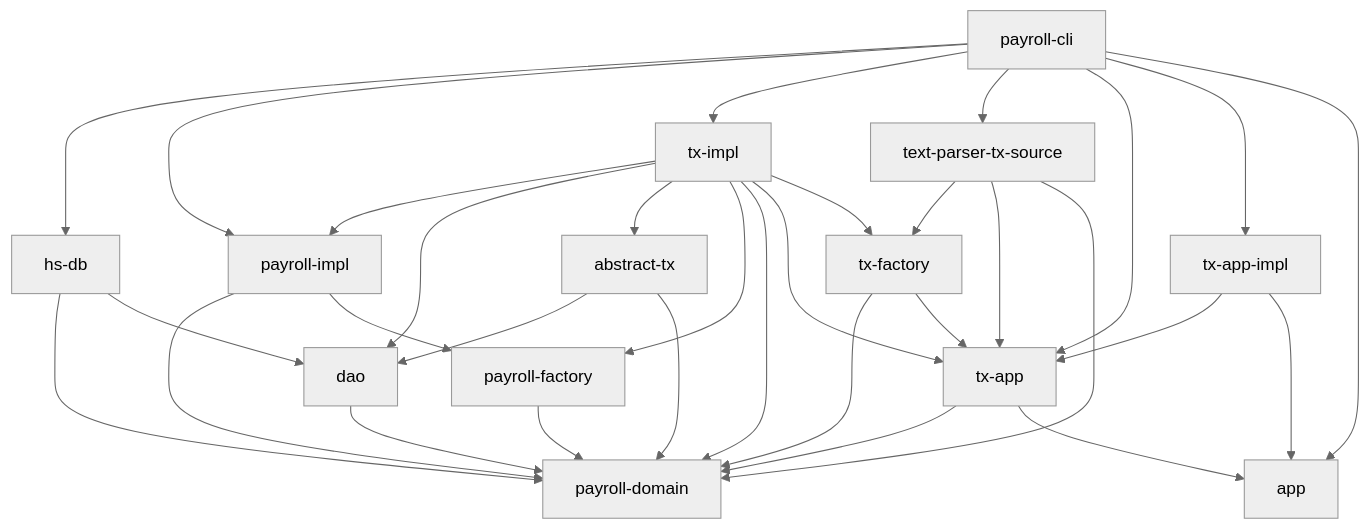
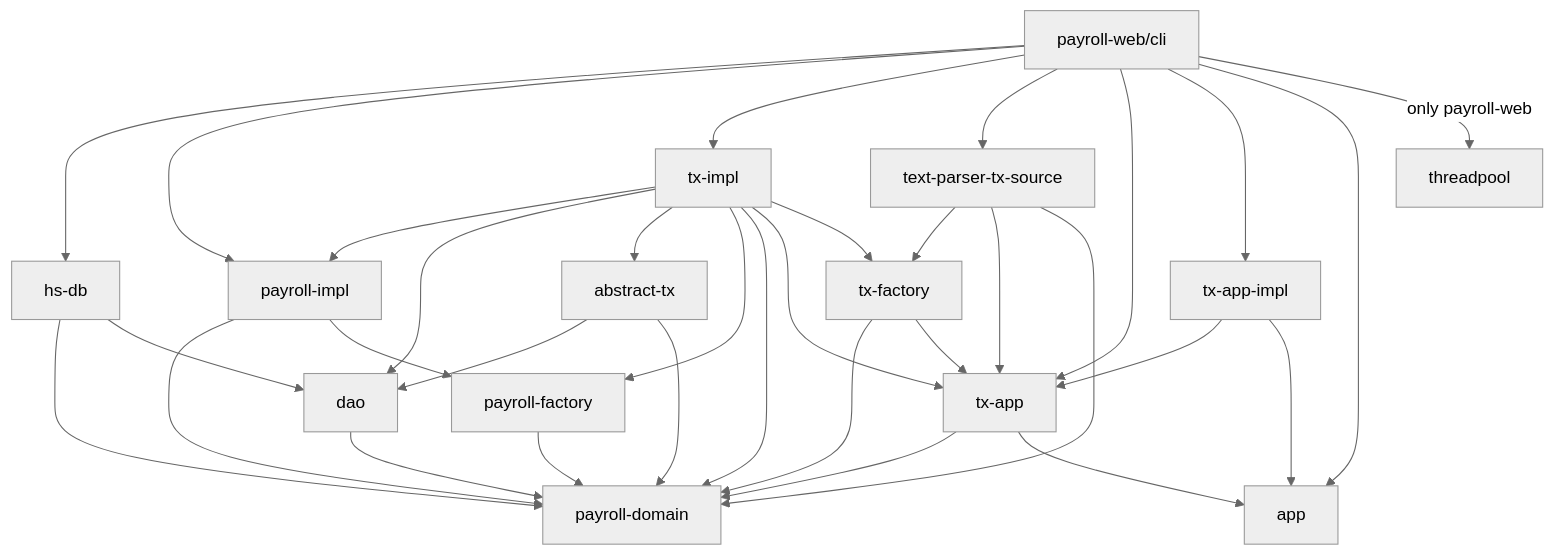
One commit to cutsea110/payroll changed the diagram in README.md. Above: the diagram before and after it, drawn with Mermaid (neutral theme).

Commit message:
update architecture diagram

````diff
--- a/README.md
+++ b/README.md
@@ -30,45 +30,46 @@
 ```mermaid
 graph TD
 
   payroll-impl --> payroll-domain
   payroll-impl --> payroll-factory
 
   payroll-factory --> payroll-domain
 
   dao --> payroll-domain
 
   abstract-tx --> dao
   abstract-tx --> payroll-domain
 
   tx-impl --> payroll-impl
   tx-impl --> dao
   tx-impl --> abstract-tx
   tx-impl --> payroll-factory
   tx-impl --> payroll-domain
   tx-impl --> tx-app
   tx-impl --> tx-factory
 
   tx-app --> payroll-domain
   tx-app --> app
 
   tx-factory --> payroll-domain
   tx-factory --> tx-app
 
   text-parser-tx-source --> tx-factory
   text-parser-tx-source --> tx-app
   text-parser-tx-source --> payroll-domain
 
   hs-db --> payroll-domain
   hs-db --> dao
   
   tx-app-impl --> tx-app
   tx-app-impl --> app
 
-  payroll-cli --> hs-db
-  payroll-cli --> payroll-impl
-  payroll-cli --> tx-impl
-  payroll-cli --> text-parser-tx-source
-  payroll-cli --> tx-app
-  payroll-cli --> tx-app-impl
-  payroll-cli --> app
+  payroll-web/cli --> hs-db
+  payroll-web/cli --> payroll-impl
+  payroll-web/cli --> tx-impl
+  payroll-web/cli --> text-parser-tx-source
+  payroll-web/cli --> tx-app
+  payroll-web/cli --> tx-app-impl
+  payroll-web/cli --> app
+  payroll-web/cli -- only payroll-web --> threadpool
 ```
````
